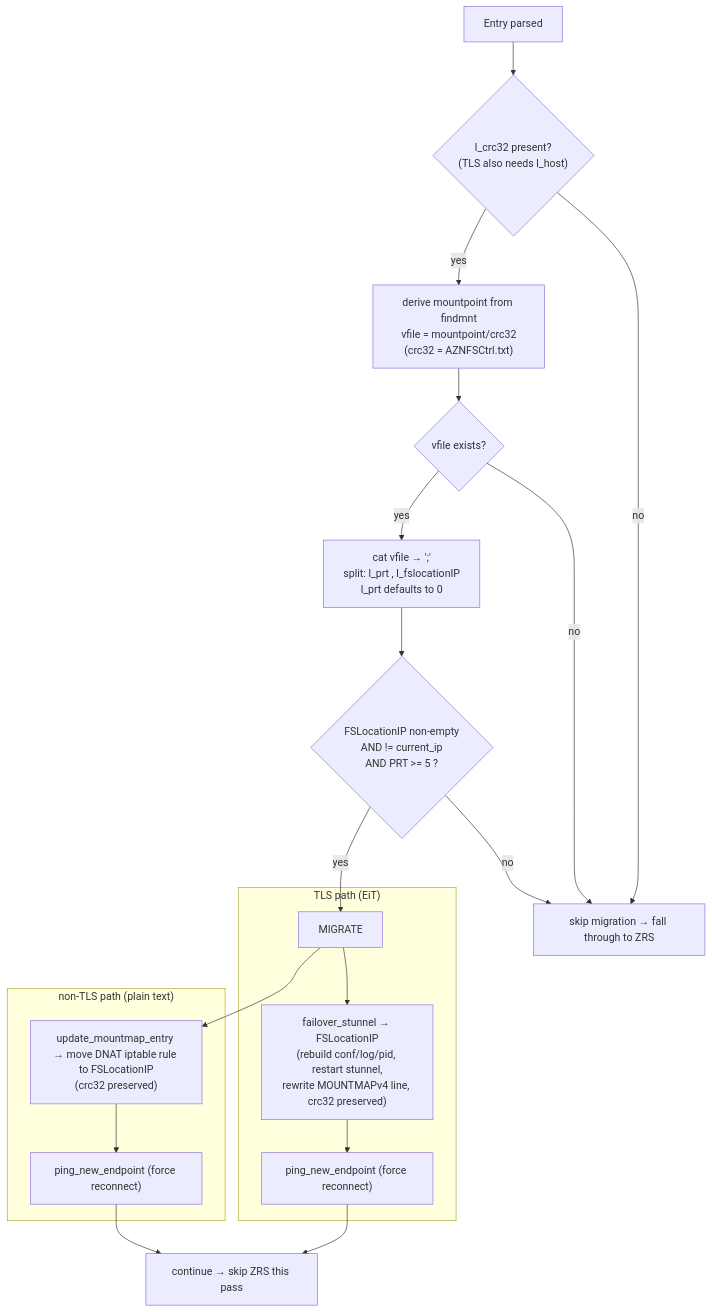
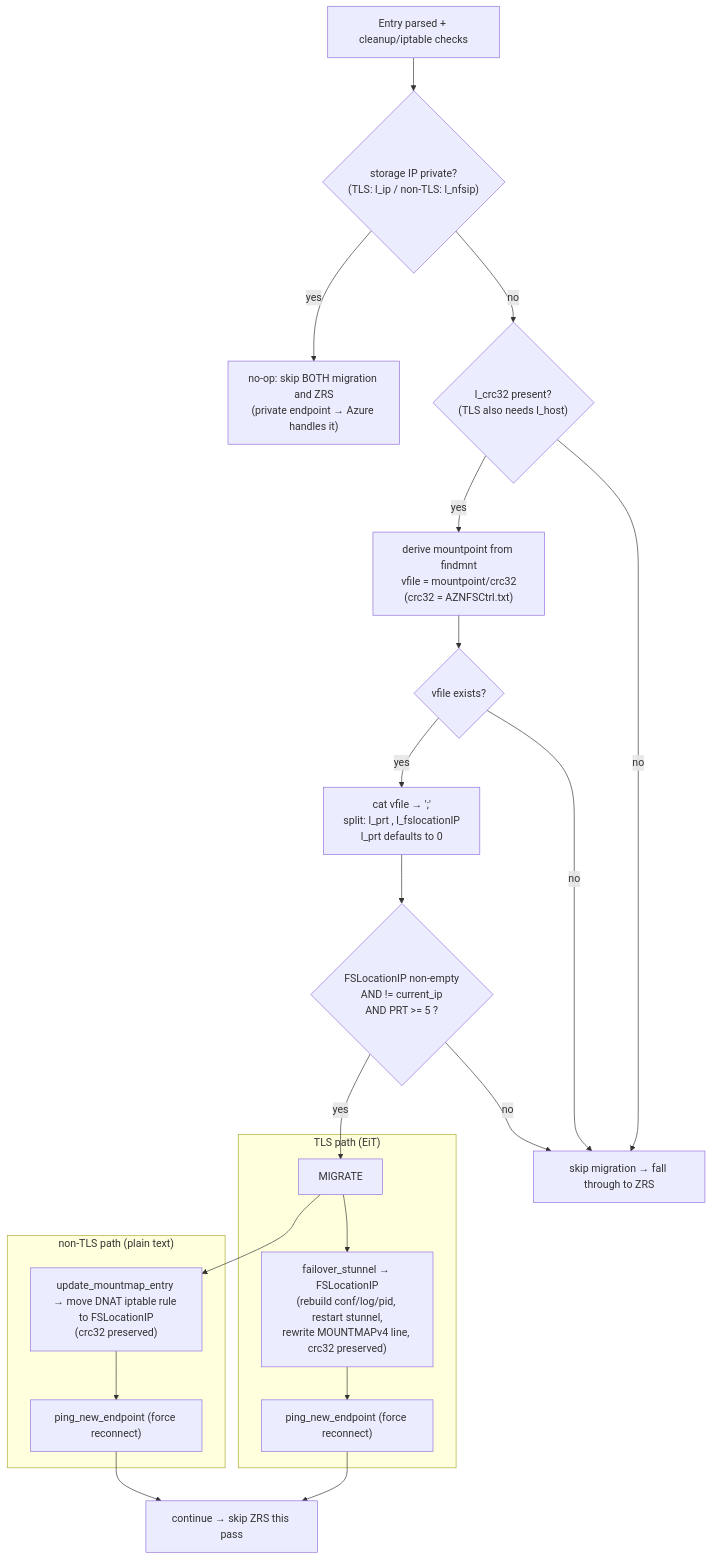
The second of 3 diagrams in docs/nfsv4-migration-polling.md (Azure/AZNFS-mount), drawn with Mermaid before and after one commit. The commit also changed other lines of this file and 1 other file, not shown here.

First line of the commit message:
NFSv4: make private endpoints a no-op for ZRS and migration

````diff
--- a/docs/nfsv4-migration-polling.md
+++ b/docs/nfsv4-migration-polling.md
@@ -45,24 +50,26 @@
 ```mermaid
 flowchart TD
-    S["Entry parsed"] --> C1{"l_crc32 present?\n(TLS also needs l_host)"}
+    S["Entry parsed + cleanup/iptable checks"] --> P{"storage IP private?\n(TLS: l_ip / non-TLS: l_nfsip)"}
+    P -- yes --> NOOP["no-op: skip BOTH migration and ZRS\n(private endpoint → Azure handles it)"]
+    P -- no --> C1{"l_crc32 present?\n(TLS also needs l_host)"}
     C1 -- no --> Z["skip migration → fall through to ZRS"]
     C1 -- yes --> C2["derive mountpoint from findmnt\nvfile = mountpoint/crc32\n(crc32 = AZNFSCtrl.txt<hash>)"]
     C2 --> C3{"vfile exists?"}
     C3 -- no --> Z
     C3 -- yes --> C4["cat vfile → '<PRT>;<FSLocationIP>'\nsplit: l_prt , l_fslocationIP\nl_prt defaults to 0"]
     C4 --> C5{"FSLocationIP non-empty\nAND != current_ip\nAND PRT >= 5 ?"}
     C5 -- no --> Z
     C5 -- yes --> ACT["MIGRATE"]
 
     subgraph TLS["TLS path (EiT)"]
       ACT --> T1["failover_stunnel → FSLocationIP\n(rebuild conf/log/pid, restart stunnel,\nrewrite MOUNTMAPv4 line, crc32 preserved)"]
       T1 --> T2["ping_new_endpoint (force reconnect)"]
     end
     subgraph NOTLS["non-TLS path (plain text)"]
       ACT --> N1["update_mountmap_entry → move DNAT iptable rule to FSLocationIP\n(crc32 preserved)"]
       N1 --> N2["ping_new_endpoint (force reconnect)"]
     end
 
     T2 --> CONT["continue → skip ZRS this pass"]
     N2 --> CONT
 ```
````
